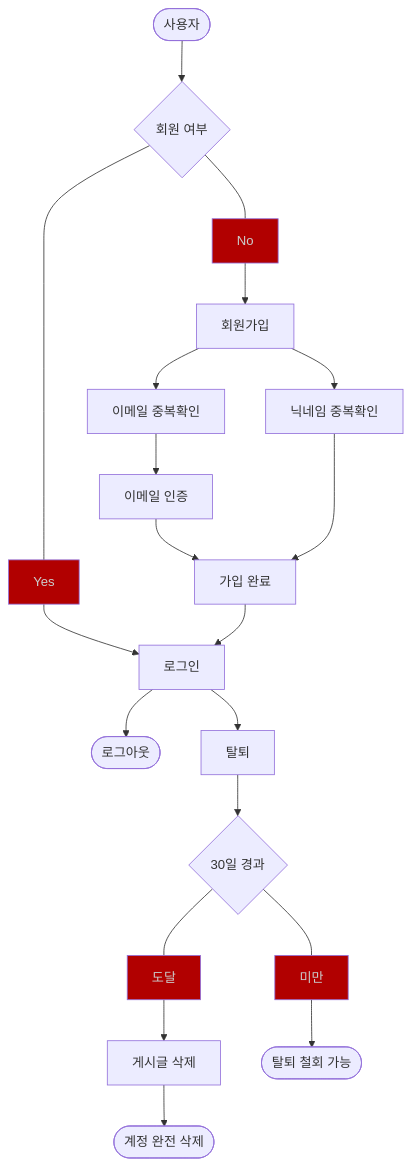
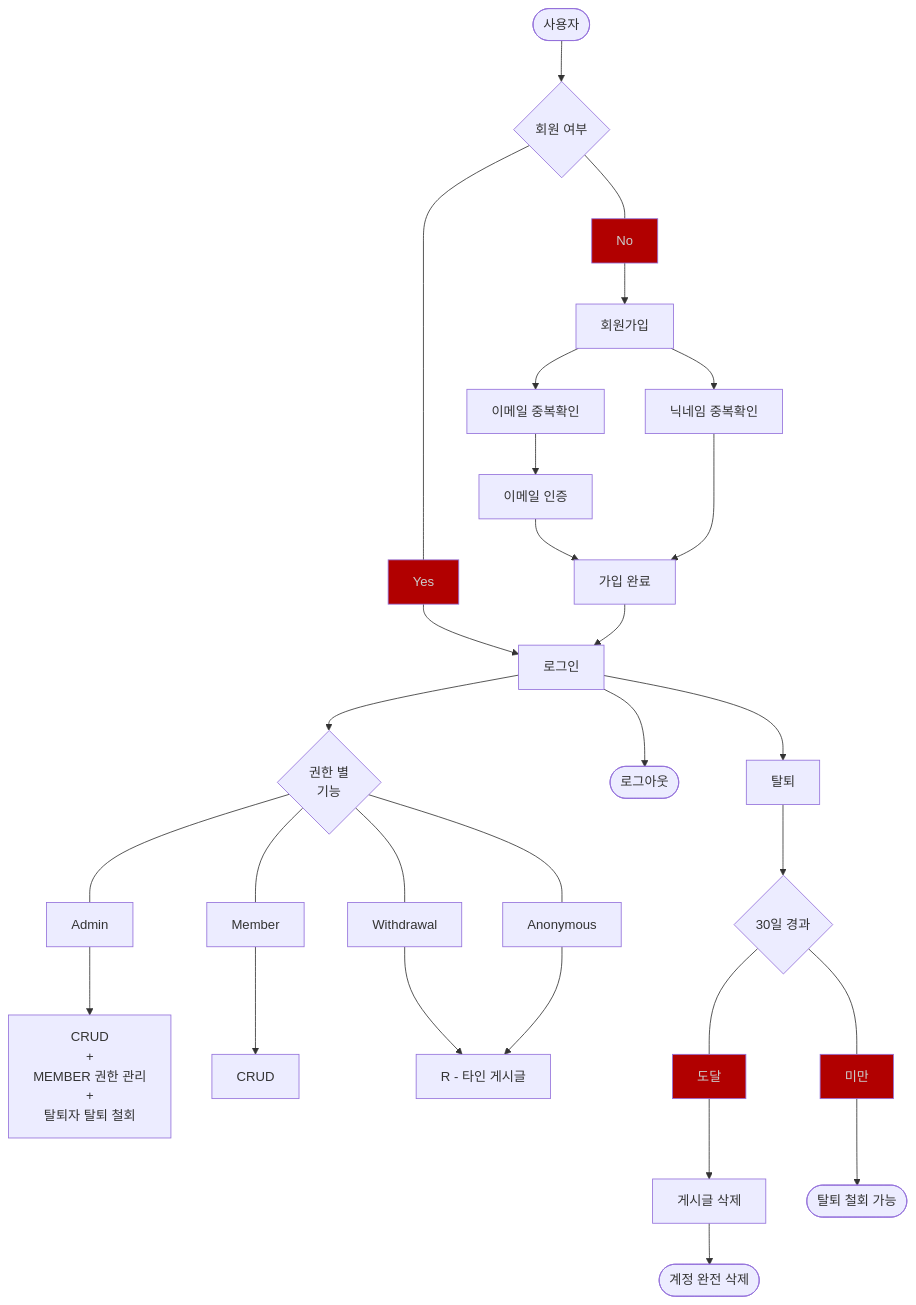
Before and after one commit to zhyun-project/simple-board-02: the diagram in docs/Flowchart - 회원.mermaid, drawn with Mermaid.

Commit message:
docs : 회원 flow chart 내용 추가 (#7)
회원 권한 별 기능 추가

issue key : SB2-3

```diff
--- a/docs/Flowchart - 회원.mermaid
+++ b/docs/Flowchart - 회원.mermaid
@@ -1,15 +1,20 @@
 flowchart TB
     classDef red color:#cbcdcc,fill:#b10000;
 
     A([사용자]) --> B{회원 여부}
 
     B ---Yes:::red--> C[로그인]
+    C --> G{권한 별<br>기능}
+    G ---Admin--> G1[CRUD<br>+<br>MEMBER 권한 관리<br>+<br>탈퇴자 탈퇴 철회]
+    G ---Member--> G2[CRUD]
+    G ---Withdrawal--> G3[R - 타인 게시글]
+    G ---Anonymous--> G3[R - 타인 게시글]
     C --> E([로그아웃])
     C --> F[탈퇴] --> F1{30일 경과} 
     F1 ---도달:::red--> F2[게시글 삭제] --> F3([계정 완전 삭제])
     F1 ---미만:::red--> F4([탈퇴 철회 가능])
 
     B ---No:::red--> D[회원가입] 
     D --> D1[이메일 중복확인] --> D2[이메일 인증]--> D4[가입 완료]
     D --> D3[닉네임 중복확인] ---> D4
     D4 --> C
```
